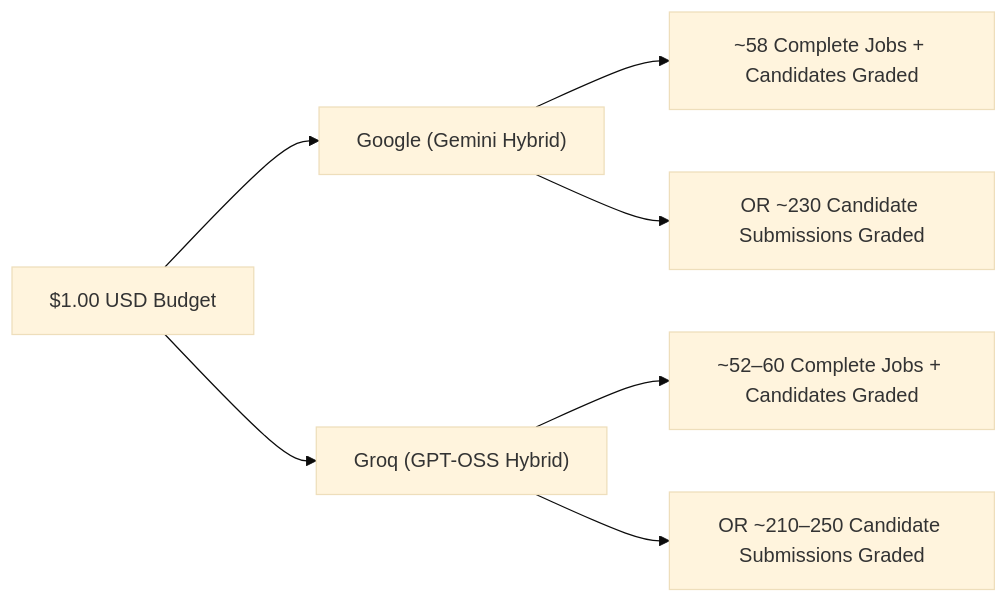
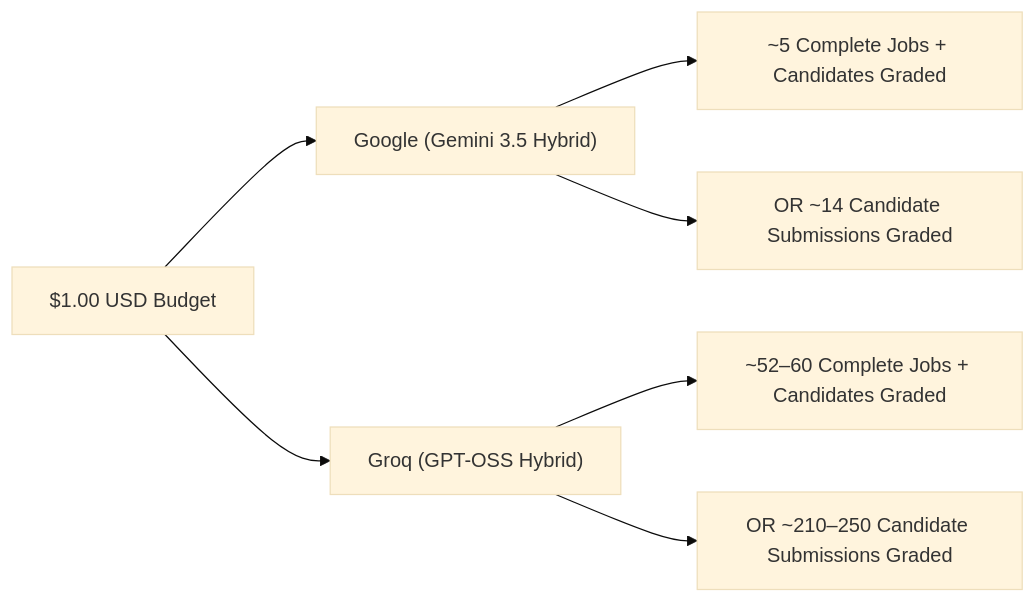
Before and after one commit to Jobstacktalentsolutions/gainday-backend: the second of 2 diagrams in docs/MODEL_PRICING_COMPARISON.md, drawn with Mermaid (base theme). The commit also changed other lines of this file and 23 other files, not shown here.

Commit message:
Add support module and database schema for user inquiries

````diff
--- a/docs/MODEL_PRICING_COMPARISON.md
+++ b/docs/MODEL_PRICING_COMPARISON.md
@@ -76,11 +84,11 @@
   ```mermaid
   graph LR
-      ONE_DOLLAR["$1.00 USD Budget"] --> GOOGLE["Google (Gemini Hybrid)"]
+      ONE_DOLLAR["$1.00 USD Budget"] --> GOOGLE["Google (Gemini 3.5 Hybrid)"]
       ONE_DOLLAR --> GROQ["Groq (GPT-OSS Hybrid)"]
   
-      GOOGLE --> G_JOBS["~58 Complete Jobs + Candidates Graded"]
-      GOOGLE --> G_GRADES["OR ~230 Candidate Submissions Graded"]
+      GOOGLE --> G_JOBS["~5 Complete Jobs + Candidates Graded"]
+      GOOGLE --> G_GRADES["OR ~14 Candidate Submissions Graded"]
   
       GROQ --> Q_JOBS["~52–60 Complete Jobs + Candidates Graded"]
       GROQ --> Q_GRADES["OR ~210–250 Candidate Submissions Graded"]
   ```
````
